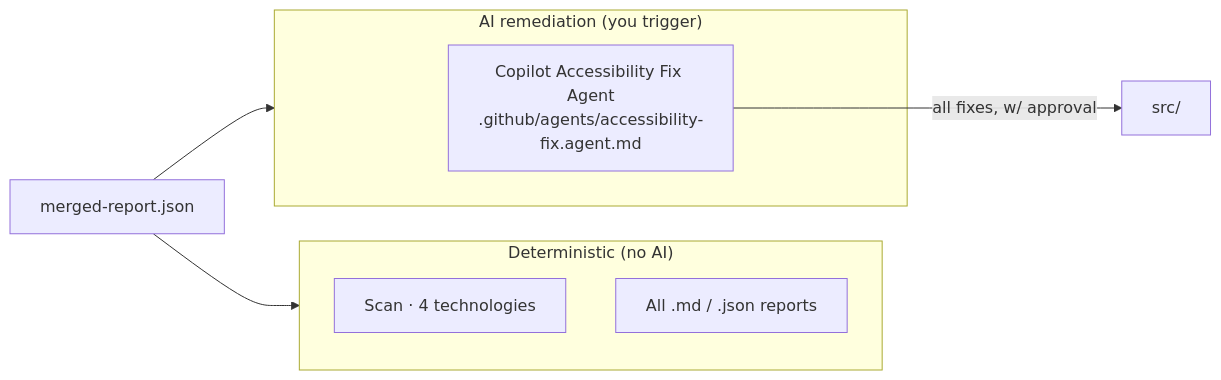
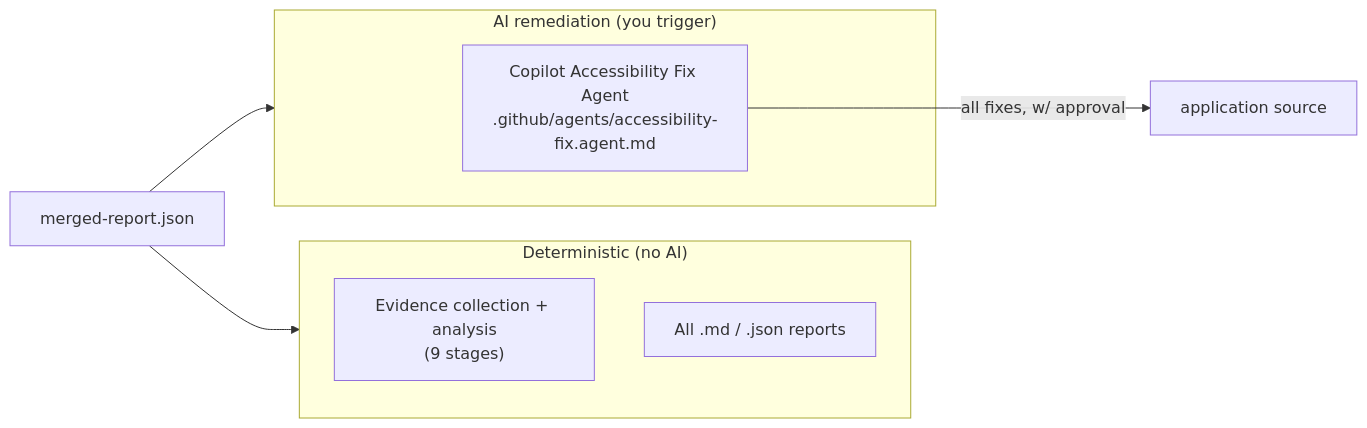
The eighth of 8 diagrams in ADA Harness/ARCHITECTURE.md (vivek1952p/GiftApp), drawn with Mermaid before and after one commit. The commit also changed other lines of this file and 60 other files, not shown here.

````diff
--- a/ADA Harness/ARCHITECTURE.md
+++ b/ADA Harness/ARCHITECTURE.md
@@ -260,13 +363,13 @@
 ```mermaid
 flowchart LR
     subgraph NOAI["Deterministic (no AI)"]
-        SCAN["Scan · 4 technologies"]
+        SCAN["Evidence collection + analysis<br/>(9 stages)"]
         REP["All .md / .json reports"]
     end
     subgraph AIREM["AI remediation (you trigger)"]
         COP["Copilot Accessibility Fix Agent<br/>.github/agents/accessibility-fix.agent.md"]
     end
     MR[merged-report.json] --> NOAI
     MR --> AIREM
-    COP -->|all fixes, w/ approval| SRC["src/"]
+    COP -->|all fixes, w/ approval| SRC["application source"]
 ```
````
